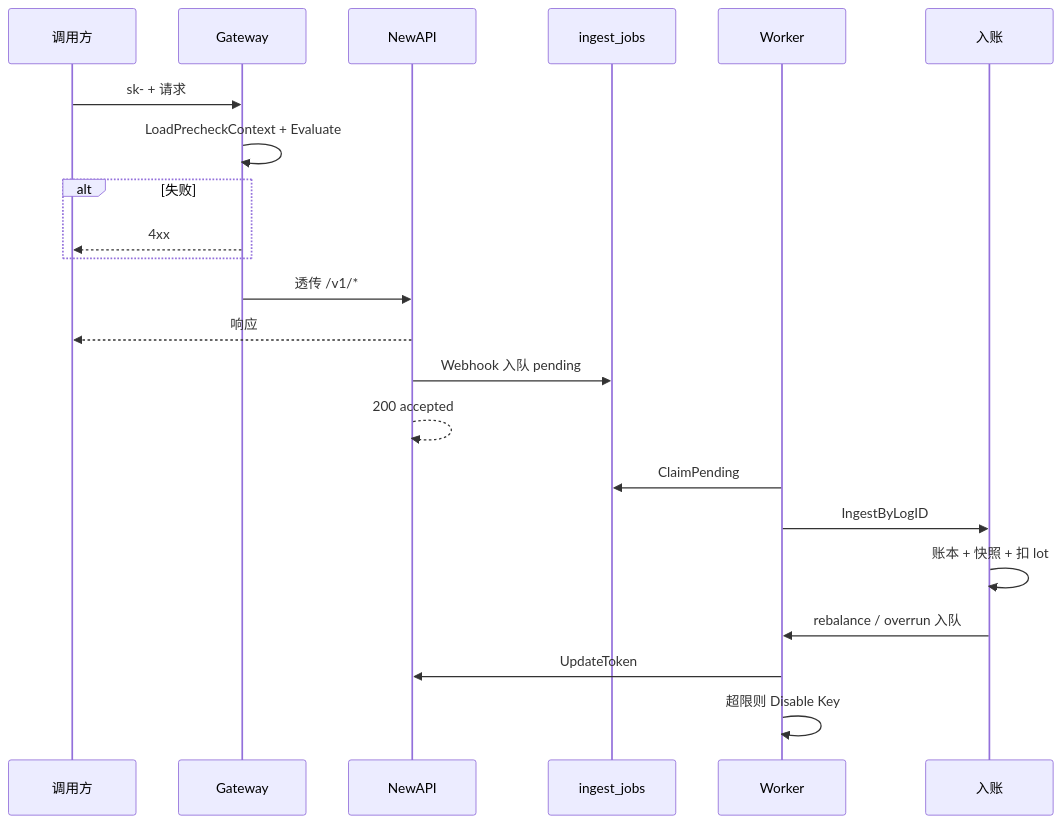
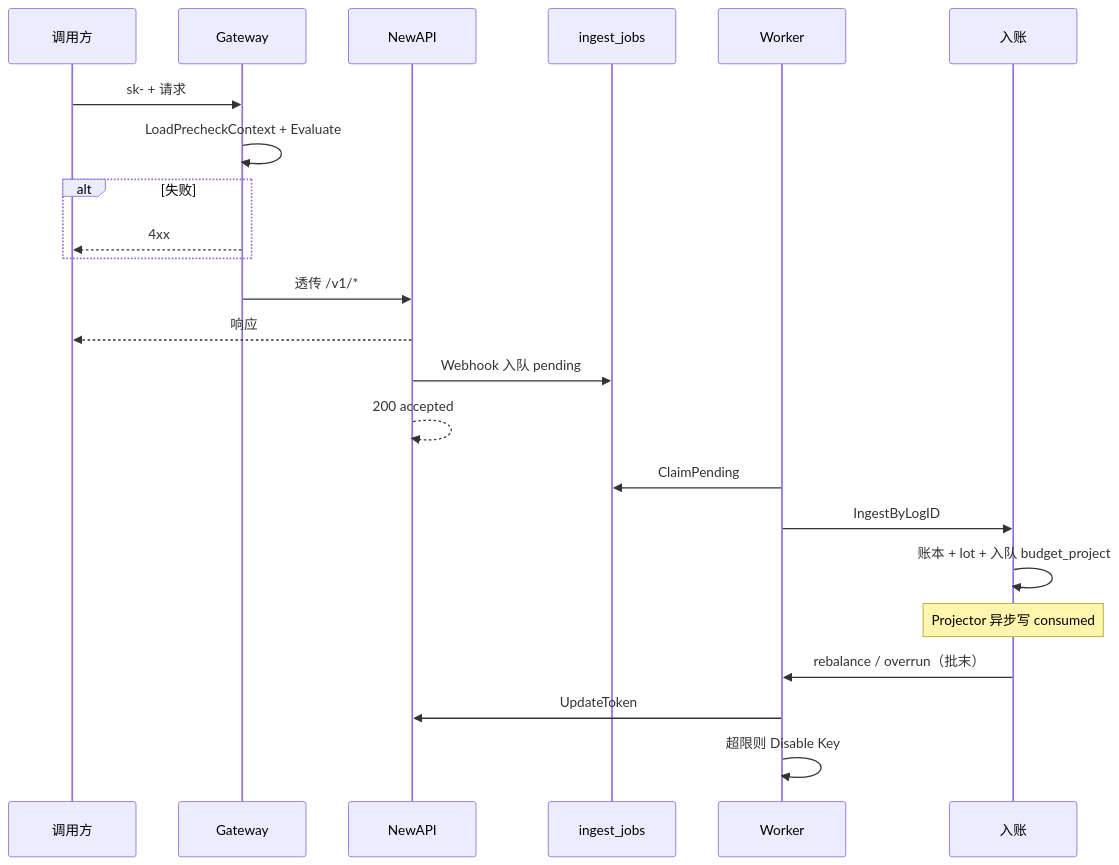
Before and after one commit to quyip8818/mytokenjoy: the fifth of 10 diagrams in docs/Backend-预算.md, drawn with Mermaid. The commit also changed other lines of this file and 16 other files, not shown here.

````diff
--- a/docs/Backend-预算.md
+++ b/docs/Backend-预算.md
@@ -201,25 +210,26 @@
 ```mermaid
 sequenceDiagram
   participant C as 调用方
   participant GW as Gateway
   participant NA as NewAPI
   participant Q as ingest_jobs
   participant W as Worker
   participant ING as 入账
 
   C->>GW: sk- + 请求
   GW->>GW: LoadPrecheckContext + Evaluate
   alt 失败
     GW-->>C: 4xx
   end
   GW->>NA: 透传 /v1/*
   NA-->>C: 响应
   NA->>Q: Webhook 入队 pending
   NA-->>NA: 200 accepted
   W->>Q: ClaimPending
   W->>ING: IngestByLogID
-  ING->>ING: 账本 + 快照 + 扣 lot
-  ING->>W: rebalance / overrun 入队
+  ING->>ING: 账本 + lot + 入队 budget_project
+  Note over ING: Projector 异步写 consumed
+  ING->>W: rebalance / overrun（批末）
   W->>NA: UpdateToken
   W->>W: 超限则 Disable Key
 ```
````
